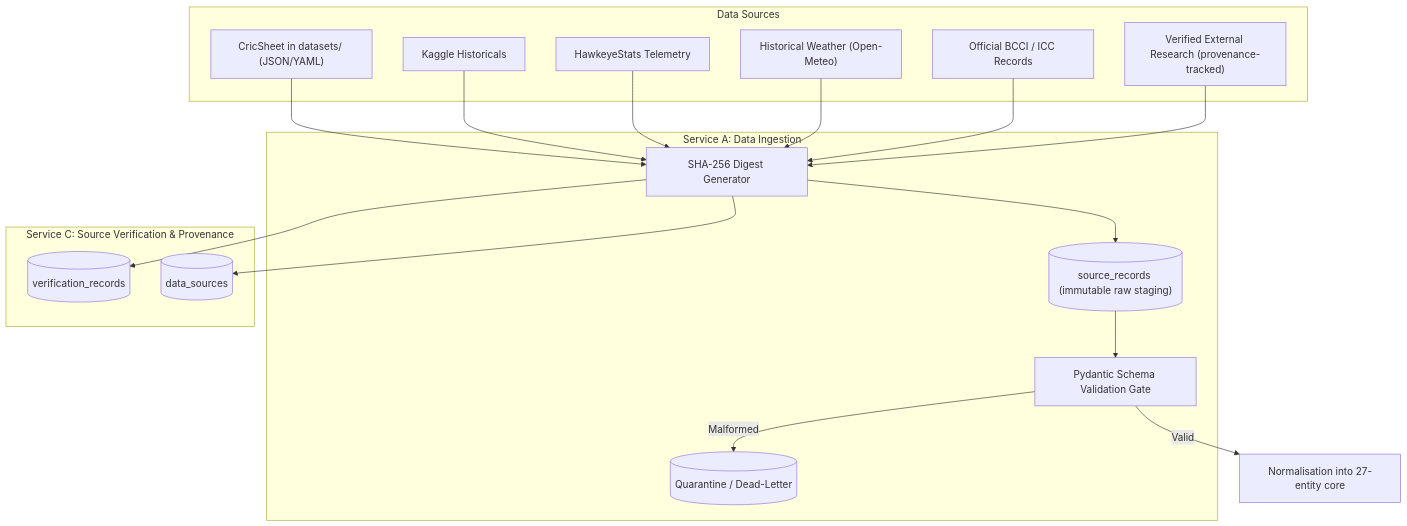
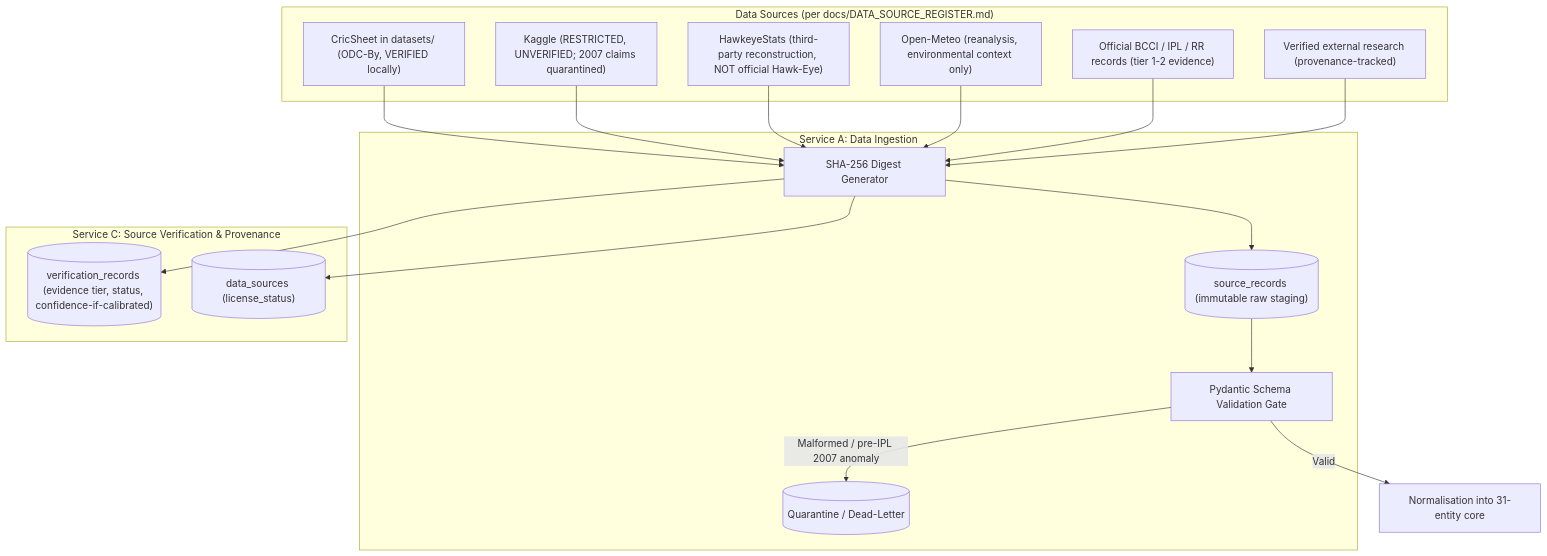
One commit to Subhadip-Paul2006/IPL_Team changed the fifth of 10 diagrams in docs/ARCHITECTURE.md. Above: the diagram before and after it, drawn with Mermaid. The commit also changed other lines of this file, not shown here.

````diff
--- a/docs/ARCHITECTURE.md
+++ b/docs/ARCHITECTURE.md
@@ -212,37 +227,37 @@
 ```mermaid
 flowchart TD
-    subgraph Sources["Data Sources"]
-        SRC_Cric["CricSheet in datasets/ (JSON/YAML)"]
-        SRC_Kaggle["Kaggle Historicals"]
-        SRC_Hawkeye["HawkeyeStats Telemetry"]
-        SRC_Weather["Historical Weather (Open-Meteo)"]
-        SRC_Official["Official BCCI / ICC Records"]
-        SRC_Research["Verified External Research (provenance-tracked)"]
+    subgraph Sources["Data Sources (per docs/DATA_SOURCE_REGISTER.md)"]
+        SRC_Cric["CricSheet in datasets/ (ODC-By, VERIFIED locally)"]
+        SRC_Kaggle["Kaggle (RESTRICTED, UNVERIFIED; 2007 claims quarantined)"]
+        SRC_Hawkeye["HawkeyeStats (third-party reconstruction, NOT official Hawk-Eye)"]
+        SRC_Weather["Open-Meteo (reanalysis, environmental context only)"]
+        SRC_Official["Official BCCI / IPL / RR records (tier 1-2 evidence)"]
+        SRC_Research["Verified external research (provenance-tracked)"]
     end
 
     subgraph Ingest["Service A: Data Ingestion"]
         Hasher["SHA-256 Digest Generator"]
         Staging[("source_records (immutable raw staging)")]
         DLQ[("Quarantine / Dead-Letter")]
         Validator["Pydantic Schema Validation Gate"]
     end
 
     subgraph Provenance["Service C: Source Verification & Provenance"]
-        VRec[("verification_records")]
-        DSrc[("data_sources")]
+        VRec[("verification_records (evidence tier, status, confidence-if-calibrated)")]
+        DSrc[("data_sources (license_status)")]
     end
 
     SRC_Cric --> Hasher
     SRC_Kaggle --> Hasher
     SRC_Hawkeye --> Hasher
     SRC_Weather --> Hasher
     SRC_Official --> Hasher
     SRC_Research --> Hasher
 
     Hasher --> Staging
     Staging --> Validator
-    Validator -- "Valid" --> Normalise["Normalisation into 27-entity core"]
-    Validator -- "Malformed" --> DLQ
+    Validator -- "Valid" --> Normalise["Normalisation into 31-entity core"]
+    Validator -- "Malformed / pre-IPL 2007 anomaly" --> DLQ
     Hasher --> VRec
     Hasher --> DSrc
 ```
````
